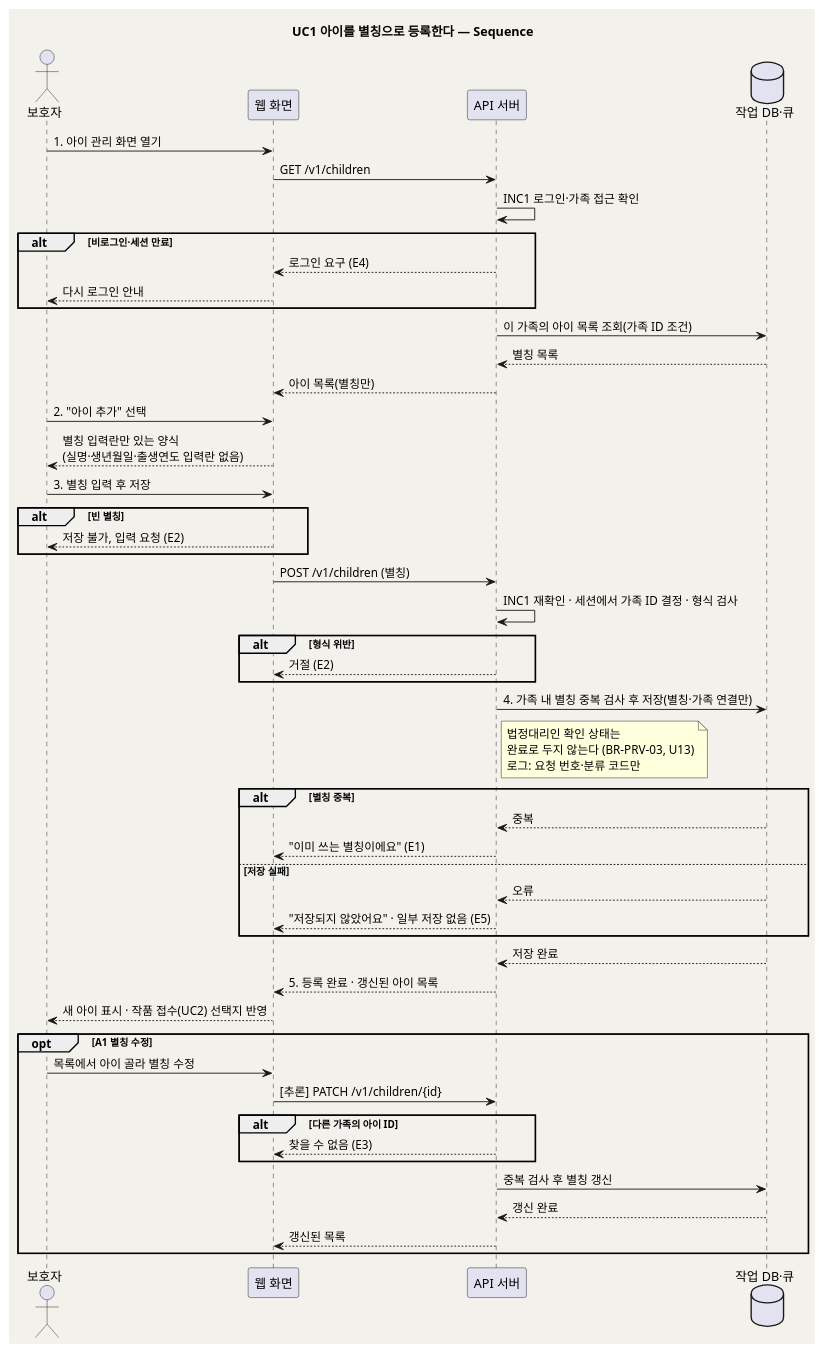
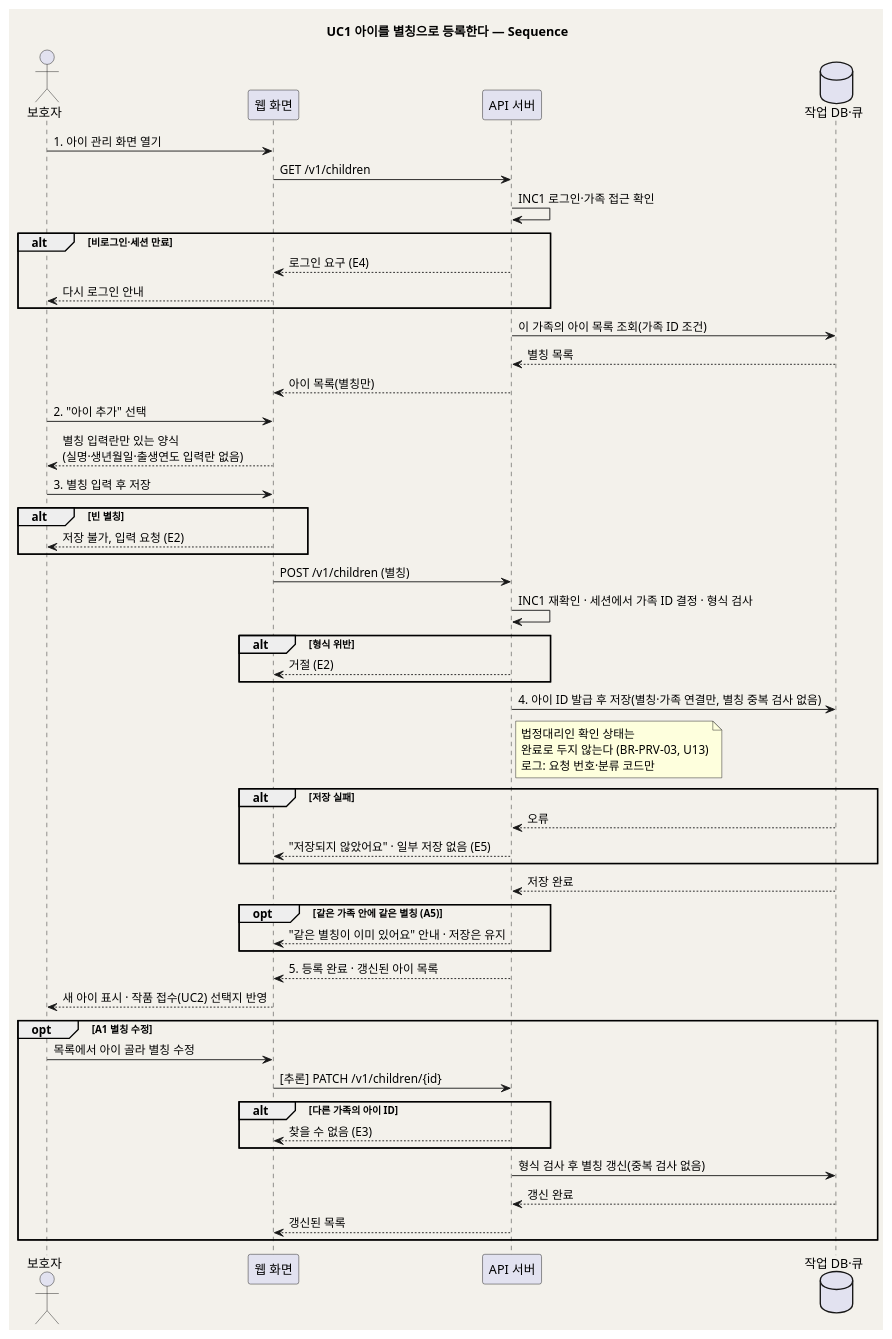
One commit to kids-gallery/uri-gallery changed the second of 2 diagrams in design/UC_01_아이등록.md. Above: the diagram before and after it, drawn with PlantUML. The commit also changed other lines of this file and 14 other files, not shown here.

````diff
--- a/design/UC_01_아이등록.md
+++ b/design/UC_01_아이등록.md
@@ -179,65 +187,65 @@
 ```plantuml
 @startuml seq_our_child_gallery_01
 skinparam backgroundColor #F3F1EB
 skinparam shadowing false
 title UC1 아이를 별칭으로 등록한다 — Sequence
 
 actor "보호자" as Parent
 participant "웹 화면" as UI
 participant "API 서버" as API
 database "작업 DB·큐" as DB
 
 Parent -> UI : 1. 아이 관리 화면 열기
 UI -> API : GET /v1/children
 API -> API : INC1 로그인·가족 접근 확인
 alt 비로그인·세션 만료
   API --> UI : 로그인 요구 (E4)
   UI --> Parent : 다시 로그인 안내
 end
 API -> DB : 이 가족의 아이 목록 조회(가족 ID 조건)
 DB --> API : 별칭 목록
 API --> UI : 아이 목록(별칭만)
 
 Parent -> UI : 2. "아이 추가" 선택
 UI --> Parent : 별칭 입력란만 있는 양식\n(실명·생년월일·출생연도 입력란 없음)
 
 Parent -> UI : 3. 별칭 입력 후 저장
 alt 빈 별칭
   UI --> Parent : 저장 불가, 입력 요청 (E2)
 end
 UI -> API : POST /v1/children (별칭)
 API -> API : INC1 재확인 · 세션에서 가족 ID 결정 · 형식 검사
 alt 형식 위반
   API --> UI : 거절 (E2)
 end
 
-API -> DB : 4. 가족 내 별칭 중복 검사 후 저장(별칭·가족 연결만)
+API -> DB : 4. 아이 ID 발급 후 저장(별칭·가족 연결만, 별칭 중복 검사 없음)
 note right of API
   법정대리인 확인 상태는
   완료로 두지 않는다 (BR-PRV-03, U13)
   로그: 요청 번호·분류 코드만
 end note
-alt 별칭 중복
-  DB --> API : 중복
-  API --> UI : "이미 쓰는 별칭이에요" (E1)
-else 저장 실패
+alt 저장 실패
   DB --> API : 오류
   API --> UI : "저장되지 않았어요" · 일부 저장 없음 (E5)
 end
 DB --> API : 저장 완료
+opt 같은 가족 안에 같은 별칭 (A5)
+  API --> UI : "같은 별칭이 이미 있어요" 안내 · 저장은 유지
+end
 
 API --> UI : 5. 등록 완료 · 갱신된 아이 목록
 UI --> Parent : 새 아이 표시 · 작품 접수(UC2) 선택지 반영
 
 opt A1 별칭 수정
   Parent -> UI : 목록에서 아이 골라 별칭 수정
   UI -> API : [추론] PATCH /v1/children/{id}
   alt 다른 가족의 아이 ID
     API --> UI : 찾을 수 없음 (E3)
   end
-  API -> DB : 중복 검사 후 별칭 갱신
+  API -> DB : 형식 검사 후 별칭 갱신(중복 검사 없음)
   DB --> API : 갱신 완료
   API --> UI : 갱신된 목록
 end
 @enduml
 ```
````
